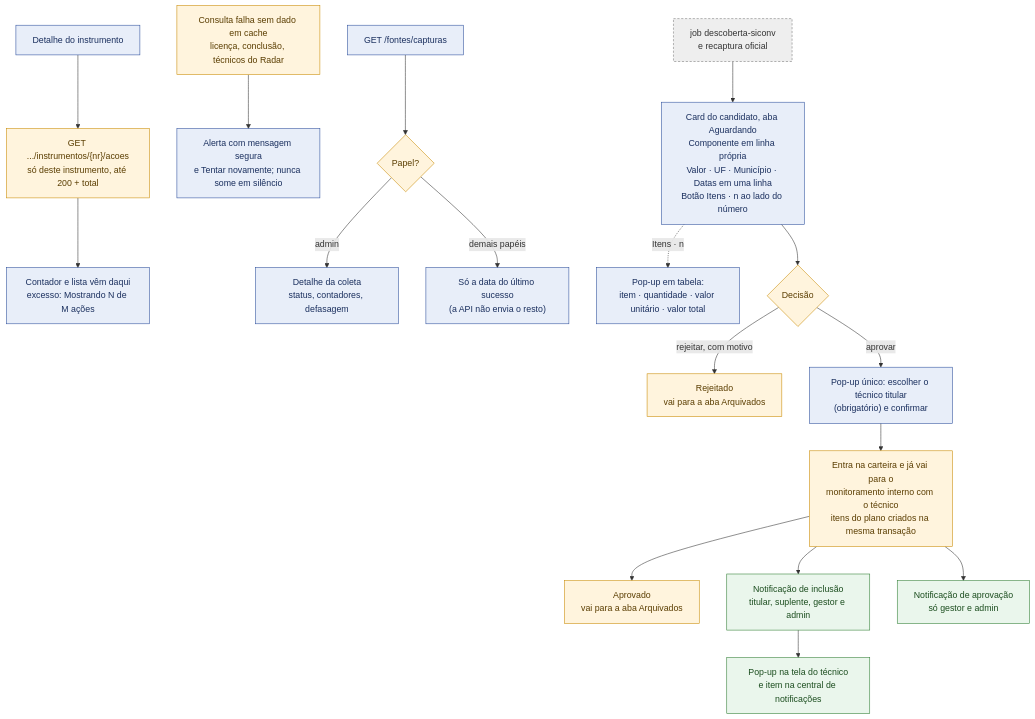
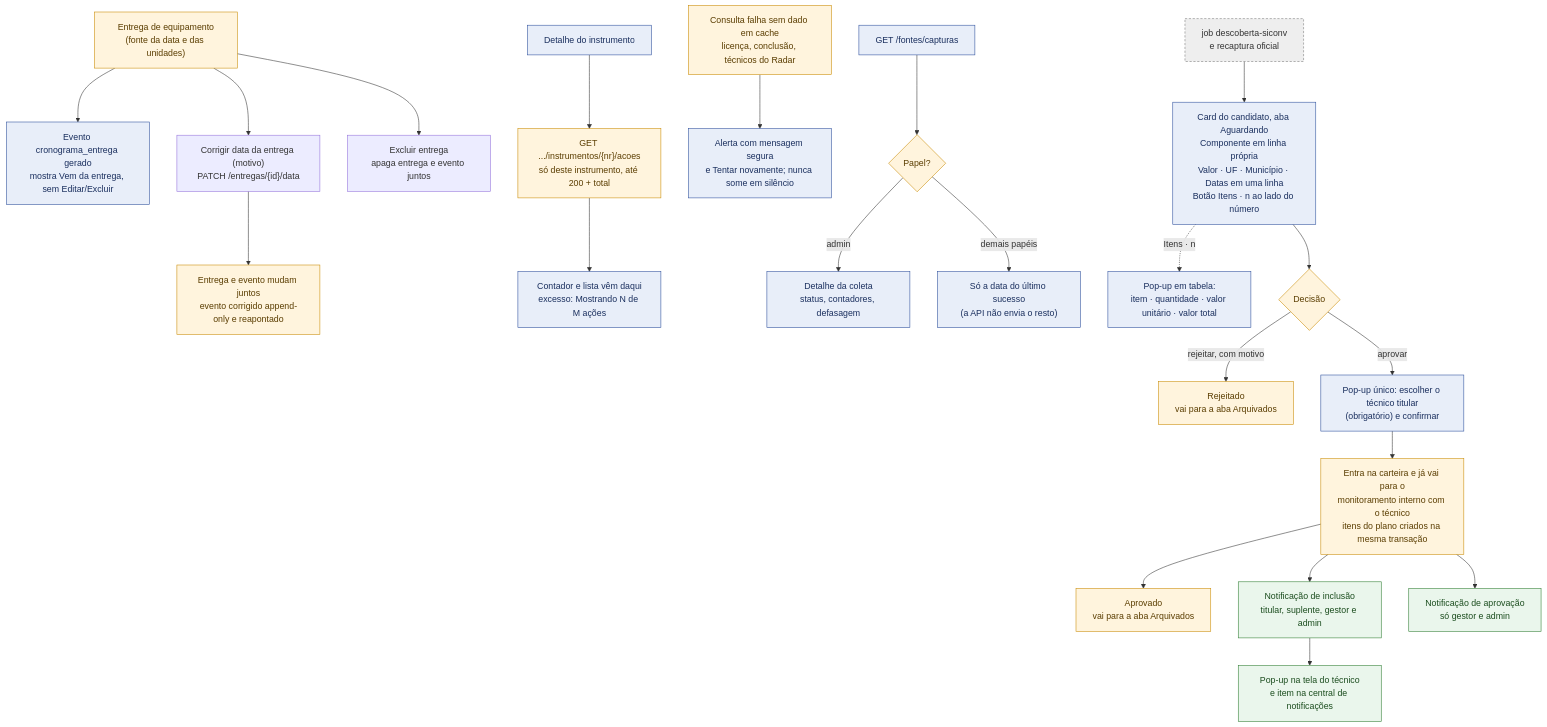
Before and after one commit to devs-ministerio/par_equipamentos: the tenth of 11 diagrams in docs/arquitetura/mapa-monitoramento-interno-2026-11-19.md, drawn with Mermaid. The commit also changed 21 other files, not shown here.

First line of the commit message:
fix(entregas): a entrega manda no evento do cronograma

````diff
--- a/docs/arquitetura/mapa-monitoramento-interno-2026-11-19.md
+++ b/docs/arquitetura/mapa-monitoramento-interno-2026-11-19.md
@@ -311,23 +311,26 @@
 ```mermaid
 flowchart TB
     classDef job fill:#EEE,stroke:#777,color:#333,stroke-dasharray:4 3
     classDef tela fill:#E8EEF9,stroke:#2A4D9B,color:#1a2f5e
     classDef regra fill:#FFF4DD,stroke:#C98A00,color:#5a3d00
     classDef aviso fill:#EAF6EC,stroke:#2E7D32,color:#1b4d1e
 
+    ENTREGA["Entrega de equipamento<br/>(fonte da data e das unidades)"]:::regra --> EVENTOENT["Evento cronograma_entrega gerado<br/>mostra Vem da entrega, sem Editar/Excluir"]:::tela
+    ENTREGA --> CORRDATA["Corrigir data da entrega (motivo)<br/>PATCH /entregas/{id}/data"]:::acao --> ALINHA["Entrega e evento mudam juntos<br/>evento corrigido append-only e reapontado"]:::regra
+    ENTREGA --> EXCENT["Excluir entrega<br/>apaga entrega e evento juntos"]:::acao
     ACOESDET["Detalhe do instrumento"]:::tela --> ACOESAPI["GET .../instrumentos/{nr}/acoes<br/>só deste instrumento, até 200 + total"]:::regra --> ACOESTELA["Contador e lista vêm daqui<br/>excesso: Mostrando N de M ações"]:::tela
     ERRO["Consulta falha sem dado em cache<br/>licença, conclusão, técnicos do Radar"]:::regra --> RETRY["Alerta com mensagem segura<br/>e Tentar novamente; nunca some em silêncio"]:::tela
     FONTES["GET /fontes/capturas"]:::tela --> PAPEL{"Papel?"}:::regra
     PAPEL -->|"admin"| DET["Detalhe da coleta<br/>status, contadores, defasagem"]:::tela
     PAPEL -->|"demais papéis"| RESUMO["Só a data do último sucesso<br/>(a API não envia o resto)"]:::tela
     J["job descoberta-siconv<br/>e recaptura oficial"]:::job --> CARD["Card do candidato, aba Aguardando<br/>Componente em linha própria<br/>Valor · UF · Município · Datas em uma linha<br/>Botão Itens · n ao lado do número"]:::tela
     CARD -. "Itens · n" .-> TAB["Pop-up em tabela:<br/>item · quantidade · valor unitário · valor total"]:::tela
     CARD --> D{"Decisão"}:::regra
     D -->|"rejeitar, com motivo"| REJ["Rejeitado<br/>vai para a aba Arquivados"]:::regra
     D -->|"aprovar"| DLG["Pop-up único: escolher o técnico titular<br/>(obrigatório) e confirmar"]:::tela
     DLG --> MON["Entra na carteira e já vai para o<br/>monitoramento interno com o técnico<br/>itens do plano criados na mesma transação"]:::regra
     MON --> ARQ["Aprovado<br/>vai para a aba Arquivados"]:::regra
     MON --> N1["Notificação de inclusão<br/>titular, suplente, gestor e admin"]:::aviso
     N1 --> POP["Pop-up na tela do técnico<br/>e item na central de notificações"]:::aviso
     MON --> N2["Notificação de aprovação<br/>só gestor e admin"]:::aviso
 ```
````
